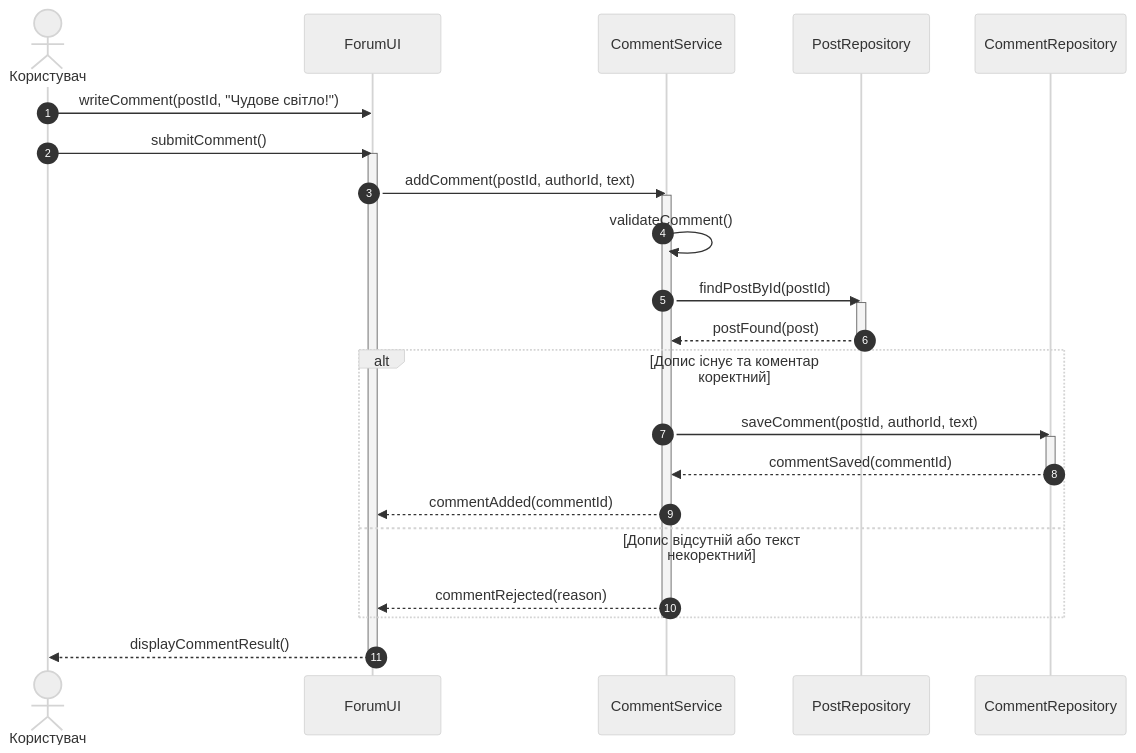
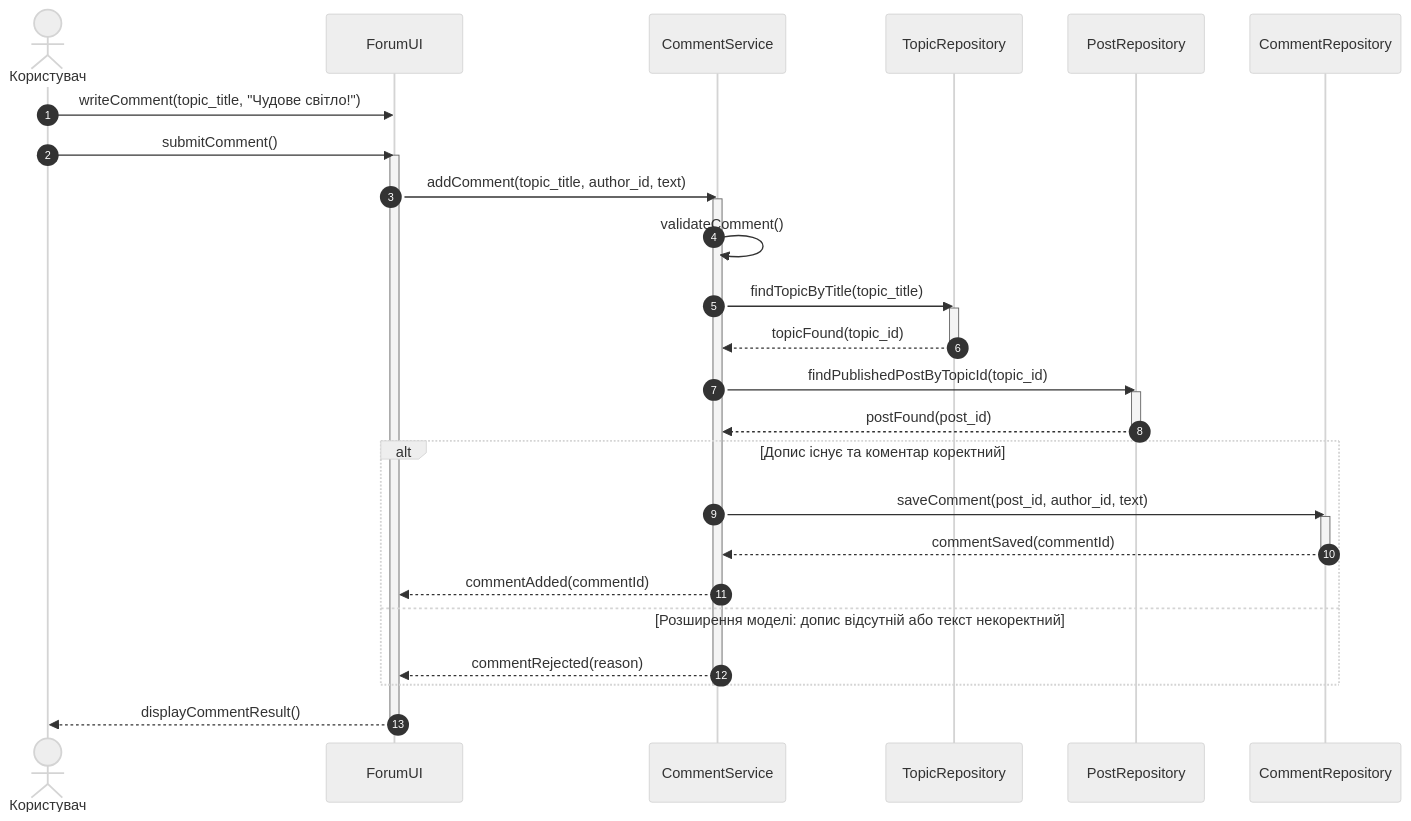
Before and after one commit to Strol20/kpi2_labs: the diagram in sequence diagram/UC-04-add-comment.md, drawn with Mermaid (neutral theme). The commit also changed 10 other files, not shown here.

````diff
--- a/sequence diagram/UC-04-add-comment.md
+++ b/sequence diagram/UC-04-add-comment.md
@@ -2,32 +2,37 @@
 ```mermaid
 sequenceDiagram
     autonumber
     actor User as Користувач
     participant UI as ForumUI
     participant CommentService as CommentService
+    participant TopicRepository as TopicRepository
     participant PostRepository as PostRepository
     participant CommentRepository as CommentRepository
 
-    User->>UI: writeComment(postId, "Чудове світло!")
+    User->>UI: writeComment(topic_title, "Чудове світло!")
     User->>UI: submitComment()
     activate UI
-    UI->>CommentService: addComment(postId, authorId, text)
+    UI->>CommentService: addComment(topic_title, author_id, text)
     activate CommentService
     CommentService->>CommentService: validateComment()
-    CommentService->>PostRepository: findPostById(postId)
+    CommentService->>TopicRepository: findTopicByTitle(topic_title)
+    activate TopicRepository
+    TopicRepository-->>CommentService: topicFound(topic_id)
+    deactivate TopicRepository
+    CommentService->>PostRepository: findPublishedPostByTopicId(topic_id)
     activate PostRepository
-    PostRepository-->>CommentService: postFound(post)
+    PostRepository-->>CommentService: postFound(post_id)
     deactivate PostRepository
     alt Допис існує та коментар коректний
-        CommentService->>CommentRepository: saveComment(postId, authorId, text)
+        CommentService->>CommentRepository: saveComment(post_id, author_id, text)
         activate CommentRepository
         CommentRepository-->>CommentService: commentSaved(commentId)
         deactivate CommentRepository
         CommentService-->>UI: commentAdded(commentId)
-    else Допис відсутній або текст некоректний
+    else Розширення моделі: допис відсутній або текст некоректний
         CommentService-->>UI: commentRejected(reason)
     end
     deactivate CommentService
     UI-->>User: displayCommentResult()
     deactivate UI
 ```
````
